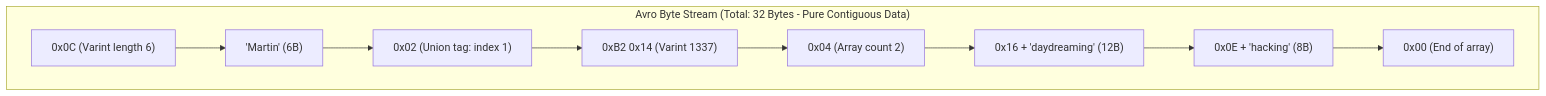
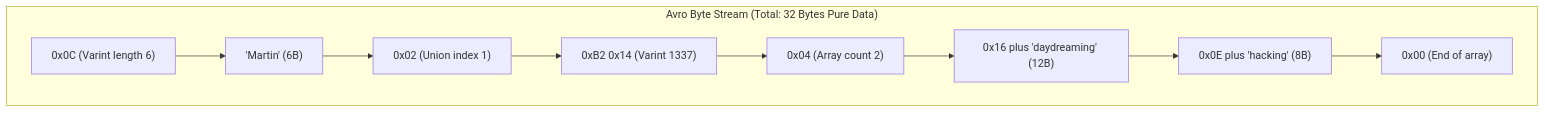
One commit to 1mimhe/books-summery changed the fourth of 8 diagrams in 01 Designing Data-Intensive Applications/chapter-05-encoding-and-evolution.md. Above: the diagram before and after it, drawn with Mermaid. The commit also changed other lines of this file and 1 other file, not shown here.

````diff
--- a/01 Designing Data-Intensive Applications/chapter-05-encoding-and-evolution.md
+++ b/01 Designing Data-Intensive Applications/chapter-05-encoding-and-evolution.md
@@ -357,16 +264,15 @@
 ```mermaid
 flowchart LR
-  subgraph AVRO["Avro Byte Stream (Total: 32 Bytes - Pure Contiguous Data)"]
+  subgraph AVRO["Avro Byte Stream (Total: 32 Bytes Pure Data)"]
     direction LR
     A1["0x0C (Varint length 6)"]
     A2["'Martin' (6B)"]
-    A3["0x02 (Union tag: index 1)"]
+    A3["0x02 (Union index 1)"]
     A4["0xB2 0x14 (Varint 1337)"]
     A5["0x04 (Array count 2)"]
-    A6["0x16 + 'daydreaming' (12B)"]
-    A7["0x0E + 'hacking' (8B)"]
+    A6["0x16 plus 'daydreaming' (12B)"]
+    A7["0x0E plus 'hacking' (8B)"]
     A8["0x00 (End of array)"]
   end
-
   A1 --> A2 --> A3 --> A4 --> A5 --> A6 --> A7 --> A8
 ```
````
